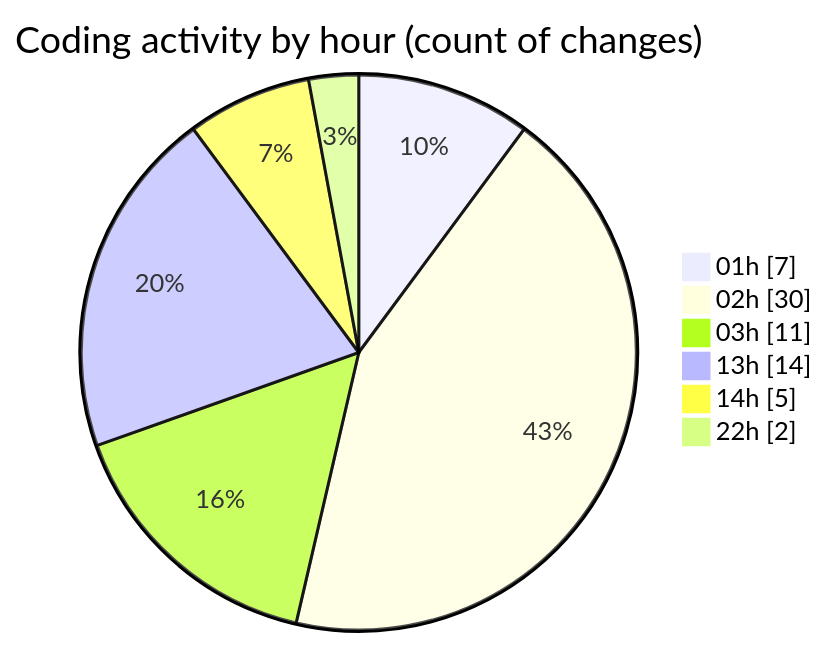
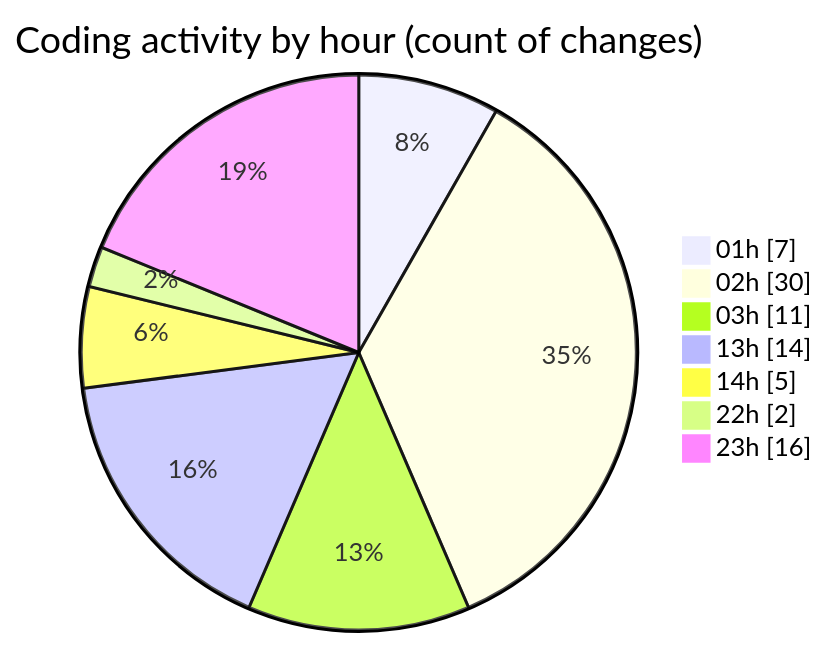
Before and after one commit to Ritupan-Deka/code-tracking: the second of 2 diagrams in 2025-01-24/projects/README.md, drawn with Mermaid. The commit also changed other lines of this file and 1 other file, not shown here.

````diff
--- a/2025-01-24/projects/README.md
+++ b/2025-01-24/projects/README.md
@@ -40,10 +41,11 @@
 ```mermaid
 pie showData
 title Coding activity by hour (count of changes)
 "01h" : 7
 "02h" : 30
 "03h" : 11
 "13h" : 14
 "14h" : 5
 "22h" : 2
+"23h" : 16
 ```
````
